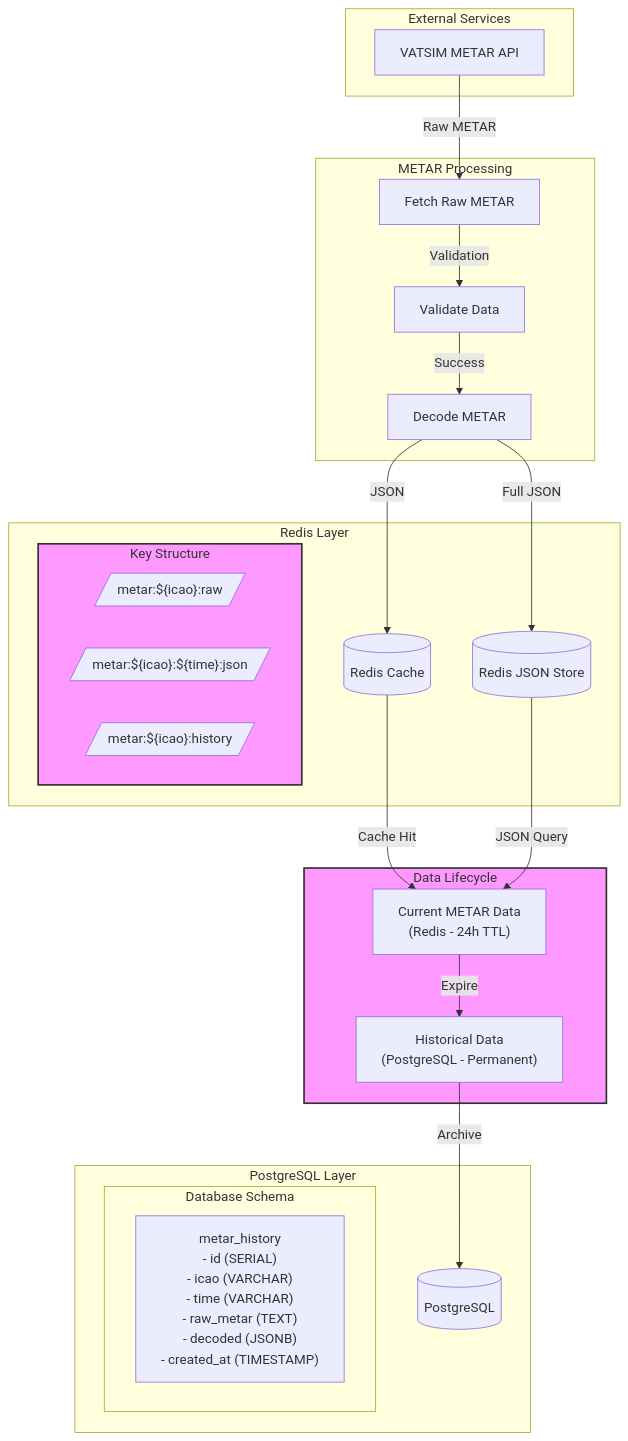
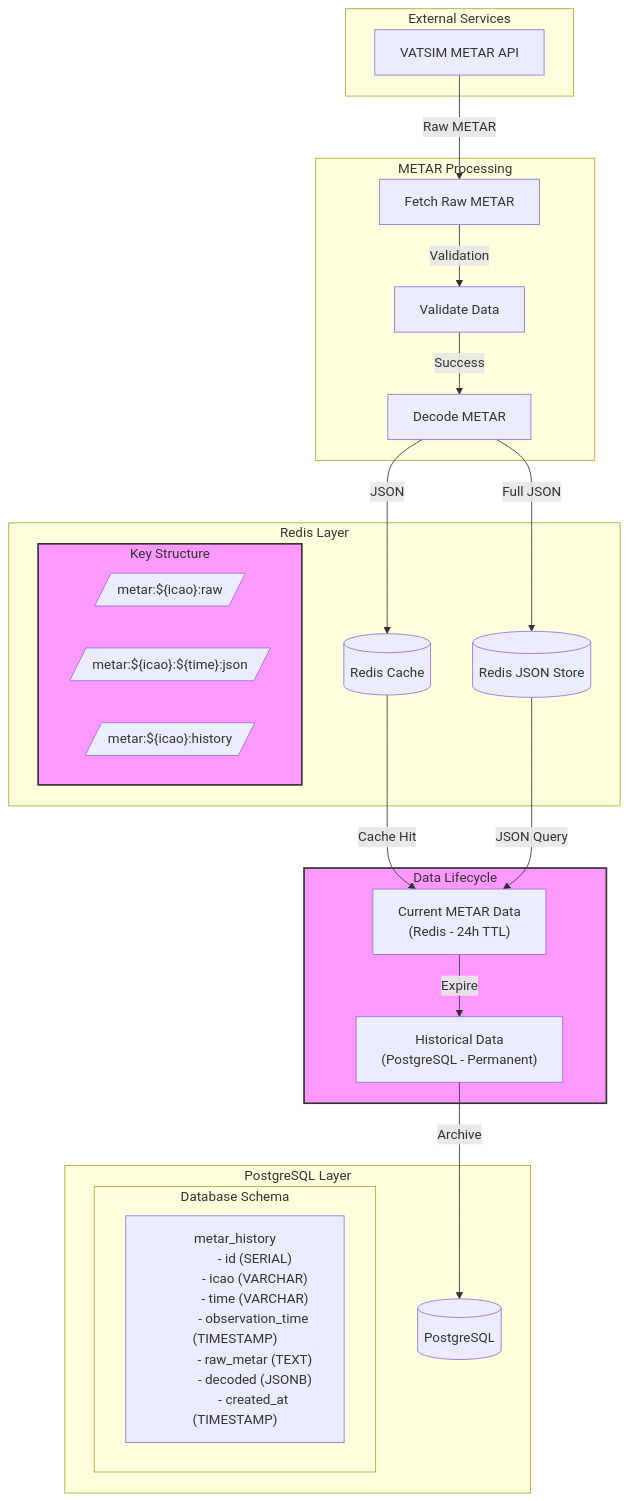
The second of 2 diagrams in README.md (dirtyformal/AeroWxTools), drawn with Mermaid before and after one commit. The commit also changed other lines of this file, not shown here.

Commit message:
Enhance PostgreSQL schema; add observation_time field and update unique constraint for METAR history

````diff
--- a/README.md
+++ b/README.md
@@ -34,57 +34,58 @@
 ```mermaid
 graph TB
     subgraph External["External Services"]
         VATSIM[VATSIM METAR API]
     end
 
     subgraph Processing["METAR Processing"]
         Fetch[Fetch Raw METAR]
         Decode[Decode METAR]
         Validate[Validate Data]
     end
 
     subgraph Redis["Redis Layer"]
         RC[(Redis Cache)]
         RJ[(Redis JSON Store)]
         subgraph Redis_Keys["Key Structure"]
             CK[/"metar:${icao}:raw"/]
             JK[/"metar:${icao}:${time}:json"/]
             HK[/"metar:${icao}:history"/]
         end
     end
 
     subgraph Postgres["PostgreSQL Layer"]
         PG[(PostgreSQL)]
         subgraph Tables["Database Schema"]
             MT["metar_history
             - id (SERIAL)
             - icao (VARCHAR)
             - time (VARCHAR)
+            - observation_time (TIMESTAMP)
             - raw_metar (TEXT)
             - decoded (JSONB)
             - created_at (TIMESTAMP)"]
         end
     end
 
     subgraph DataLifecycle["Data Lifecycle"]
         Current["Current METAR Data
         (Redis - 24h TTL)"]
         Historical["Historical Data
         (PostgreSQL - Permanent)"]
     end
 
     %% Flow Connections
     VATSIM -->|Raw METAR| Fetch
     Fetch -->|Validation| Validate
     Validate -->|Success| Decode
     Decode -->|JSON| RC
     Decode -->|Full JSON| RJ
     RC -->|Cache Hit| Current
     RJ -->|JSON Query| Current
     Current -->|Expire| Historical
     Historical -->|Archive| PG
 
     %% Special Notes
     classDef note fill:#f9f,stroke:#333,stroke-width:2px;
     class DataLifecycle,Redis_Keys note;
 ```
````
